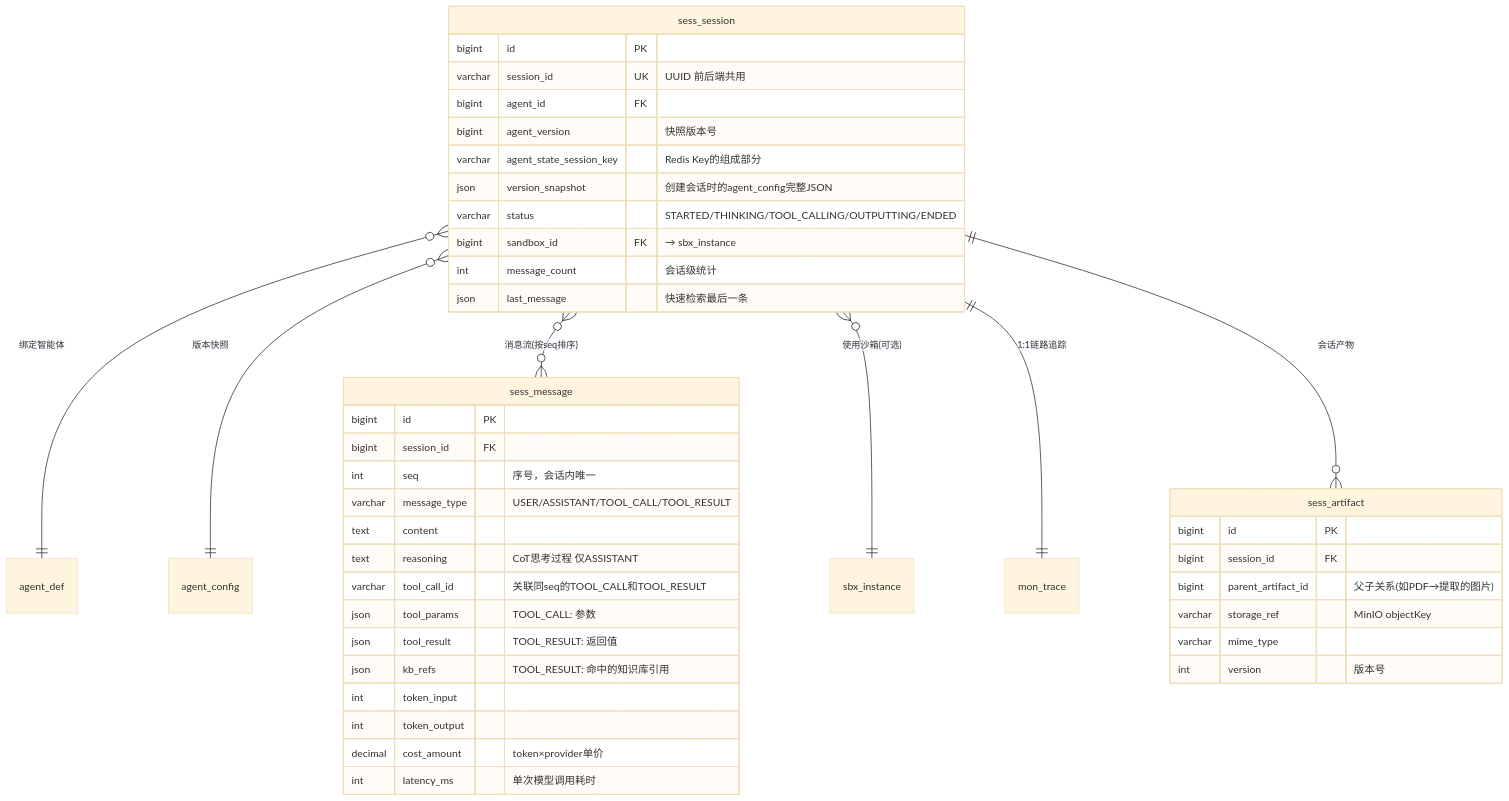
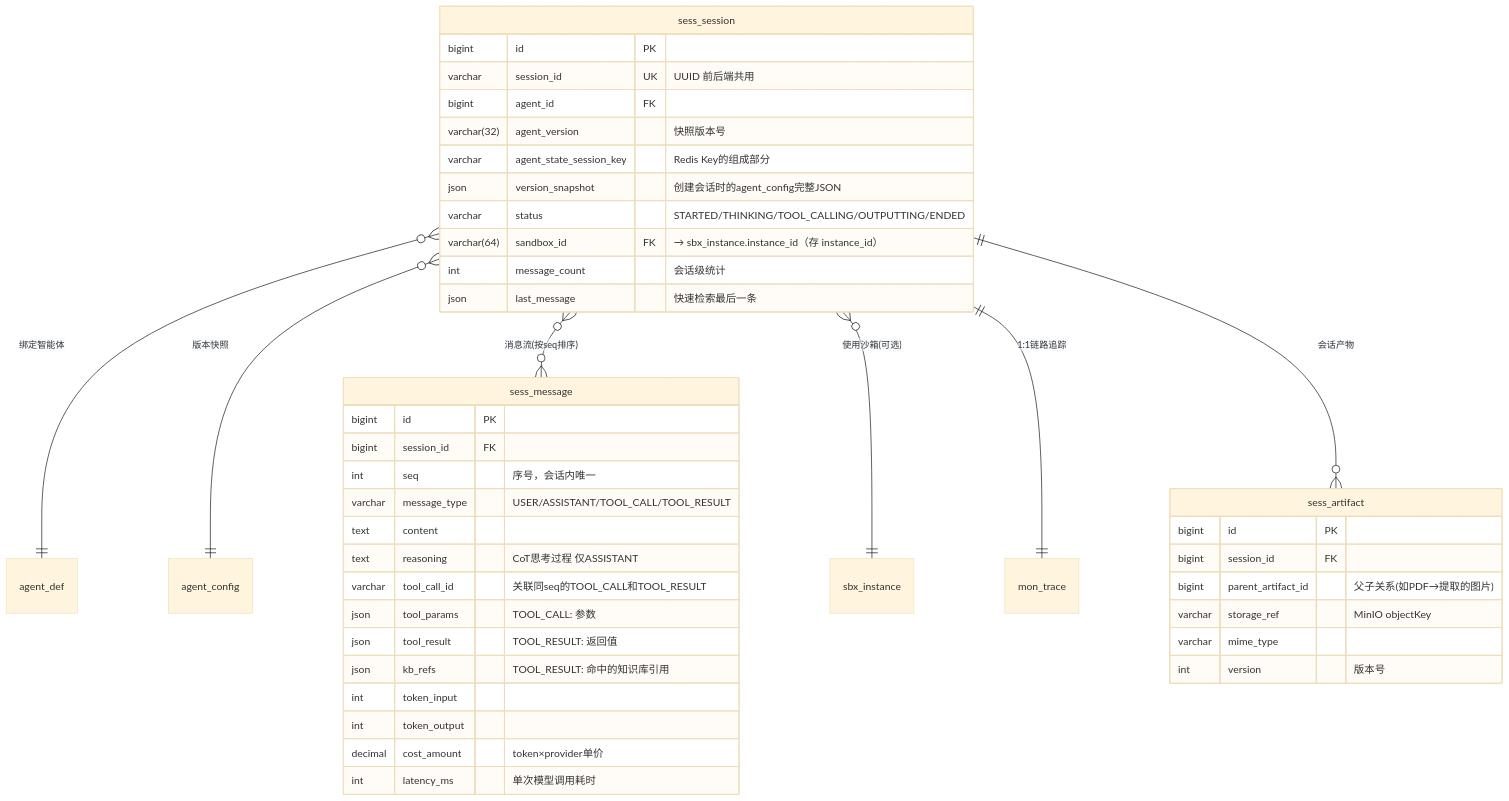
The sixth of 18 diagrams in docs/data-model.md (HarnessAgentStack/AegisAgent), drawn with Mermaid (base theme) before and after one commit. The commit also changed other lines of this file and 30 other files, not shown here.

````diff
--- a/docs/data-model.md
+++ b/docs/data-model.md
@@ -314,46 +314,46 @@
 ```mermaid
 erDiagram
     sess_session }o--|| agent_def : "绑定智能体"
     sess_session }o--|| agent_config : "版本快照"
     sess_session }o--o{ sess_message : "消息流(按seq排序)"
     sess_session }o--|| sbx_instance : "使用沙箱(可选)"
     sess_session ||--|| mon_trace : "1:1链路追踪"
     sess_session ||--o{ sess_artifact : "会话产物"
 
     sess_session {
         bigint id PK
         varchar session_id UK "UUID 前后端共用"
         bigint agent_id FK
-        bigint agent_version "快照版本号"
+        varchar(32) agent_version "快照版本号"
         varchar agent_state_session_key "Redis Key的组成部分"
         json version_snapshot "创建会话时的agent_config完整JSON"
         varchar status "STARTED/THINKING/TOOL_CALLING/OUTPUTTING/ENDED"
-        bigint sandbox_id FK "→ sbx_instance"
+        varchar(64) sandbox_id FK "→ sbx_instance.instance_id（存 instance_id）"
         int message_count "会话级统计"
         json last_message "快速检索最后一条"
     }
     sess_message {
         bigint id PK
         bigint session_id FK
         int seq "序号，会话内唯一"
         varchar message_type "USER/ASSISTANT/TOOL_CALL/TOOL_RESULT"
         text content
         text reasoning "CoT思考过程 仅ASSISTANT"
         varchar tool_call_id "关联同seq的TOOL_CALL和TOOL_RESULT"
         json tool_params "TOOL_CALL: 参数"
         json tool_result "TOOL_RESULT: 返回值"
         json kb_refs "TOOL_RESULT: 命中的知识库引用"
         int token_input
         int token_output
         decimal cost_amount "token×provider单价"
         int latency_ms "单次模型调用耗时"
     }
     sess_artifact {
         bigint id PK
         bigint session_id FK
         bigint parent_artifact_id "父子关系(如PDF→提取的图片)"
         varchar storage_ref "MinIO objectKey"
         varchar mime_type
         int version "版本号"
     }
 ```
````
